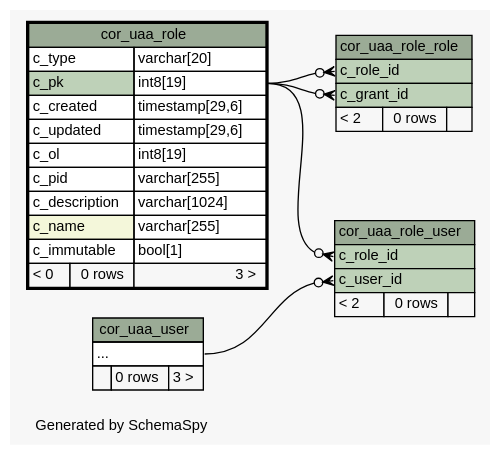
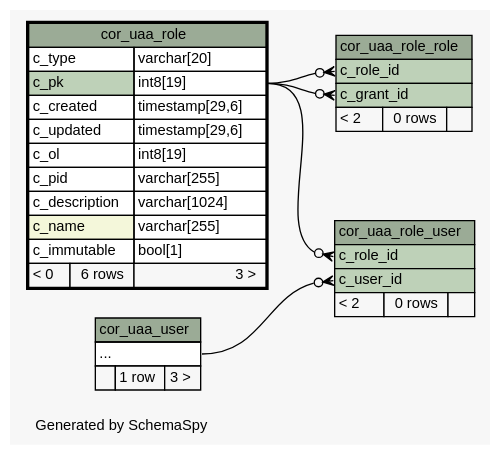
Before and after one commit to openwms/org.openwms.core.uaa: the diagram in 1.1.0-SNAPSHOT/schemaspy/diagrams/cor_uaa_role.2degrees.dot, drawn with Graphviz. The commit also changed 240 other files, not shown here.

```diff
--- a/1.1.0-SNAPSHOT/schemaspy/diagrams/cor_uaa_role.2degrees.dot
+++ b/1.1.0-SNAPSHOT/schemaspy/diagrams/cor_uaa_role.2degrees.dot
@@ -1,76 +1,76 @@
-// dot 2.43.0 on Linux 5.4.0-1039-azure
+// dot 2.43.0 on Linux 5.4.0-1043-azure
 // SchemaSpy rev Unknown
 digraph "twoDegreesRelationshipsDiagram" {
   graph [
     rankdir="RL"
     bgcolor="#f7f7f7"
     label="\nGenerated by SchemaSpy"
     labeljust="l"
     nodesep="0.18"
     ranksep="0.46"
     fontname="Helvetica"
     fontsize="11"
   ];
   node [
     fontname="Helvetica"
     fontsize="11"
     shape="plaintext"
   ];
   edge [
     arrowsize="0.8"
   ];
   "cor_uaa_role_role":"c_grant_id":w -> "cor_uaa_role":"c_pk.type":e [arrowhead=none dir=back arrowtail=crowodot];
   "cor_uaa_role_role":"c_role_id":w -> "cor_uaa_role":"c_pk.type":e [arrowhead=none dir=back arrowtail=crowodot];
   "cor_uaa_role_user":"c_role_id":w -> "cor_uaa_role":"c_pk.type":e [arrowhead=none dir=back arrowtail=crowodot];
   "cor_uaa_role_user":"c_user_id":w -> "cor_uaa_user":"elipses":e [arrowhead=none dir=back arrowtail=crowodot];
   "cor_uaa_role" [
     label=<
     <TABLE BORDER="2" CELLBORDER="1" CELLSPACING="0" BGCOLOR="#ffffff">
       <TR><TD COLSPAN="3" BGCOLOR="#9bab96" ALIGN="CENTER">cor_uaa_role</TD></TR>
       <TR><TD PORT="c_type" COLSPAN="2" ALIGN="LEFT">c_type</TD><TD PORT="c_type.type" ALIGN="LEFT">varchar[20]</TD></TR>
       <TR><TD PORT="c_pk" COLSPAN="2" BGCOLOR="#bed1b8" ALIGN="LEFT">c_pk</TD><TD PORT="c_pk.type" ALIGN="LEFT">int8[19]</TD></TR>
       <TR><TD PORT="c_created" COLSPAN="2" ALIGN="LEFT">c_created</TD><TD PORT="c_created.type" ALIGN="LEFT">timestamp[29,6]</TD></TR>
       <TR><TD PORT="c_updated" COLSPAN="2" ALIGN="LEFT">c_updated</TD><TD PORT="c_updated.type" ALIGN="LEFT">timestamp[29,6]</TD></TR>
       <TR><TD PORT="c_ol" COLSPAN="2" ALIGN="LEFT">c_ol</TD><TD PORT="c_ol.type" ALIGN="LEFT">int8[19]</TD></TR>
       <TR><TD PORT="c_pid" COLSPAN="2" ALIGN="LEFT">c_pid</TD><TD PORT="c_pid.type" ALIGN="LEFT">varchar[255]</TD></TR>
       <TR><TD PORT="c_description" COLSPAN="2" ALIGN="LEFT">c_description</TD><TD PORT="c_description.type" ALIGN="LEFT">varchar[1024]</TD></TR>
       <TR><TD PORT="c_name" COLSPAN="2" BGCOLOR="#f4f7da" ALIGN="LEFT">c_name</TD><TD PORT="c_name.type" ALIGN="LEFT">varchar[255]</TD></TR>
       <TR><TD PORT="c_immutable" COLSPAN="2" ALIGN="LEFT">c_immutable</TD><TD PORT="c_immutable.type" ALIGN="LEFT">bool[1]</TD></TR>
-      <TR><TD ALIGN="LEFT" BGCOLOR="#f7f7f7">&lt; 0</TD><TD ALIGN="RIGHT" BGCOLOR="#f7f7f7">0 rows</TD><TD ALIGN="RIGHT" BGCOLOR="#f7f7f7">3 &gt;</TD></TR>
+      <TR><TD ALIGN="LEFT" BGCOLOR="#f7f7f7">&lt; 0</TD><TD ALIGN="RIGHT" BGCOLOR="#f7f7f7">6 rows</TD><TD ALIGN="RIGHT" BGCOLOR="#f7f7f7">3 &gt;</TD></TR>
     </TABLE>>
     URL="cor_uaa_role.html"
     tooltip="cor_uaa_role"
   ];
   "cor_uaa_role_role" [
     label=<
     <TABLE BORDER="0" CELLBORDER="1" CELLSPACING="0" BGCOLOR="#ffffff">
       <TR><TD COLSPAN="3" BGCOLOR="#9bab96" ALIGN="CENTER">cor_uaa_role_role</TD></TR>
       <TR><TD PORT="c_role_id" COLSPAN="3" BGCOLOR="#bed1b8" ALIGN="LEFT">c_role_id</TD></TR>
       <TR><TD PORT="c_grant_id" COLSPAN="3" BGCOLOR="#bed1b8" ALIGN="LEFT">c_grant_id</TD></TR>
       <TR><TD ALIGN="LEFT" BGCOLOR="#f7f7f7">&lt; 2</TD><TD ALIGN="RIGHT" BGCOLOR="#f7f7f7">0 rows</TD><TD ALIGN="RIGHT" BGCOLOR="#f7f7f7">  </TD></TR>
     </TABLE>>
     URL="cor_uaa_role_role.html"
     tooltip="cor_uaa_role_role"
   ];
   "cor_uaa_role_user" [
     label=<
     <TABLE BORDER="0" CELLBORDER="1" CELLSPACING="0" BGCOLOR="#ffffff">
       <TR><TD COLSPAN="3" BGCOLOR="#9bab96" ALIGN="CENTER">cor_uaa_role_user</TD></TR>
       <TR><TD PORT="c_role_id" COLSPAN="3" BGCOLOR="#bed1b8" ALIGN="LEFT">c_role_id</TD></TR>
       <TR><TD PORT="c_user_id" COLSPAN="3" BGCOLOR="#bed1b8" ALIGN="LEFT">c_user_id</TD></TR>
       <TR><TD ALIGN="LEFT" BGCOLOR="#f7f7f7">&lt; 2</TD><TD ALIGN="RIGHT" BGCOLOR="#f7f7f7">0 rows</TD><TD ALIGN="RIGHT" BGCOLOR="#f7f7f7">  </TD></TR>
     </TABLE>>
     URL="cor_uaa_role_user.html"
     tooltip="cor_uaa_role_user"
   ];
   "cor_uaa_user" [
     label=<
     <TABLE BORDER="0" CELLBORDER="1" CELLSPACING="0" BGCOLOR="#ffffff">
       <TR><TD COLSPAN="3" BGCOLOR="#9bab96" ALIGN="CENTER">cor_uaa_user</TD></TR>
       <TR><TD PORT="elipses" COLSPAN="3" ALIGN="LEFT">...</TD></TR>
-      <TR><TD ALIGN="LEFT" BGCOLOR="#f7f7f7">  </TD><TD ALIGN="RIGHT" BGCOLOR="#f7f7f7">0 rows</TD><TD ALIGN="RIGHT" BGCOLOR="#f7f7f7">3 &gt;</TD></TR>
+      <TR><TD ALIGN="LEFT" BGCOLOR="#f7f7f7">  </TD><TD ALIGN="RIGHT" BGCOLOR="#f7f7f7">1 row</TD><TD ALIGN="RIGHT" BGCOLOR="#f7f7f7">3 &gt;</TD></TR>
     </TABLE>>
     URL="cor_uaa_user.html"
     tooltip="cor_uaa_user"
   ];
 }
```
